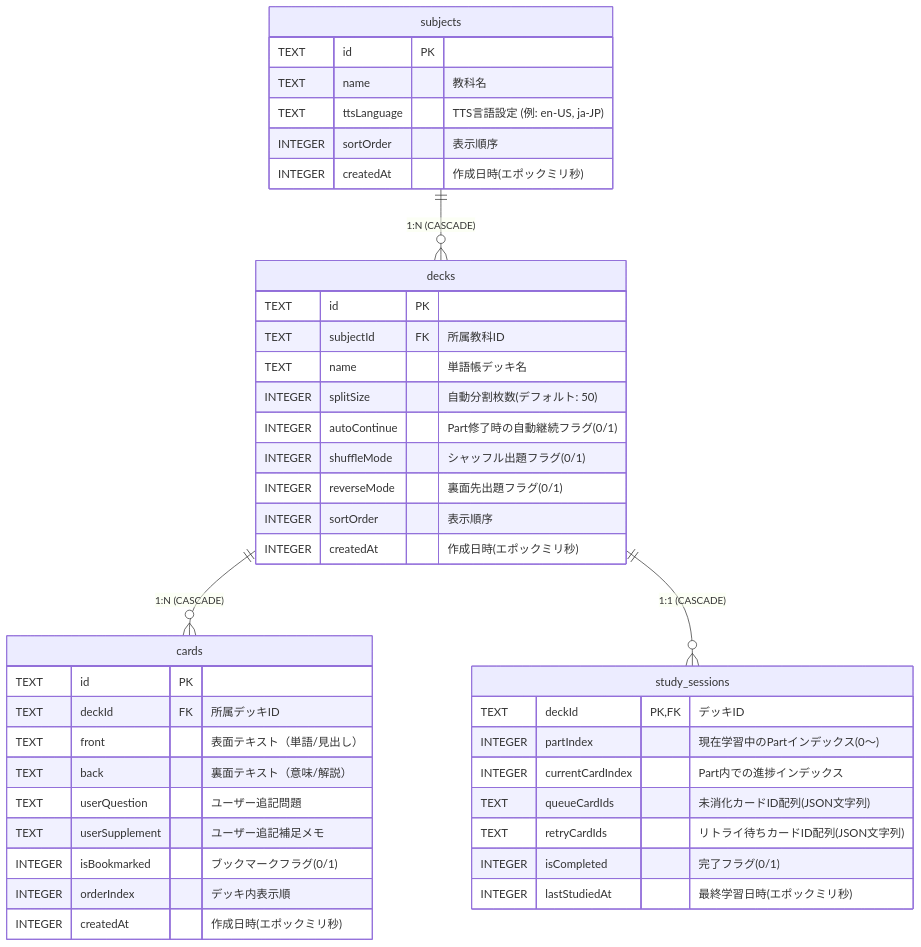
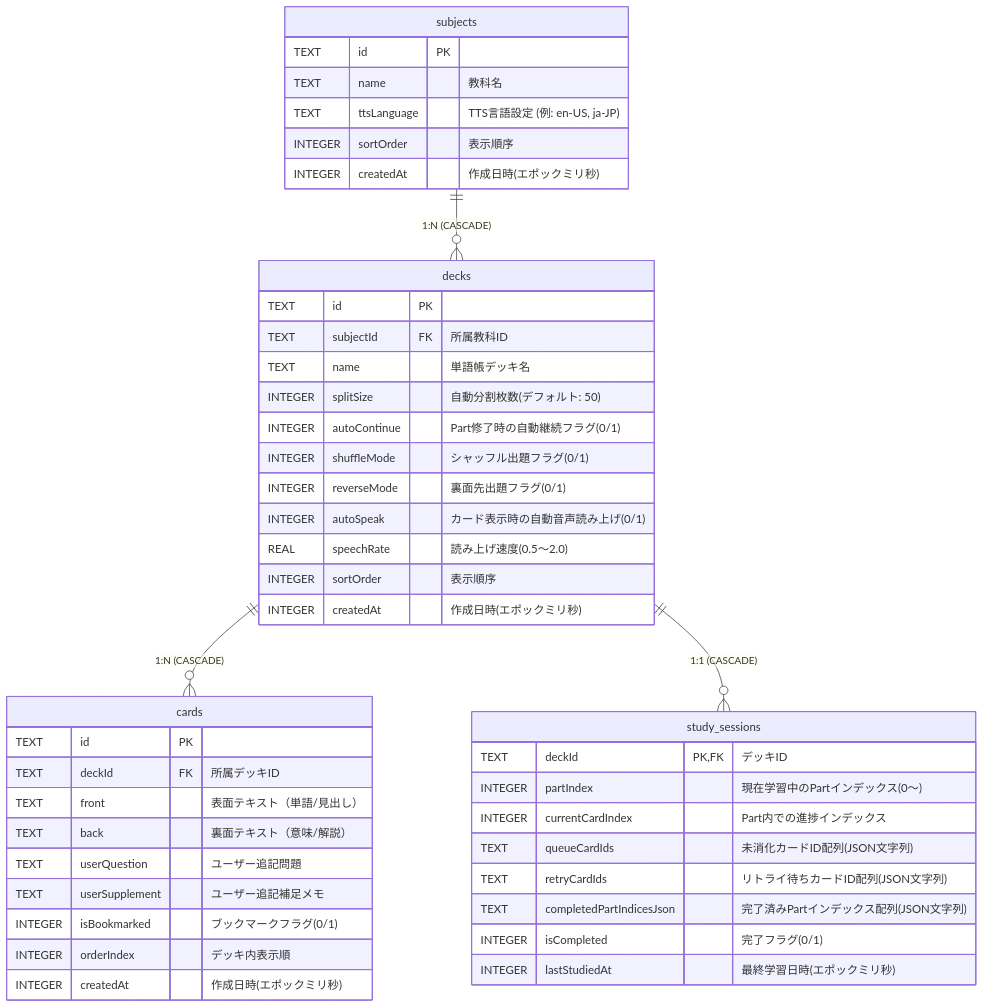
One commit to txcxjp/aidomari changed the second of 5 diagrams in docs/DETAILED_DESIGN.md. Above: the diagram before and after it, drawn with Mermaid. The commit also changed other lines of this file and 1 other file, not shown here.

Commit message:
docs: update architecture and detailed design documentation (#30)

````diff
--- a/docs/DETAILED_DESIGN.md
+++ b/docs/DETAILED_DESIGN.md
@@ -124,48 +142,51 @@
 ```mermaid
 erDiagram
     subjects ||--o{ decks : "1:N (CASCADE)"
     decks ||--o{ cards : "1:N (CASCADE)"
     decks ||--o{ study_sessions : "1:1 (CASCADE)"
 
     subjects {
         TEXT id PK
         TEXT name "教科名"
         TEXT ttsLanguage "TTS言語設定 (例: en-US, ja-JP)"
         INTEGER sortOrder "表示順序"
         INTEGER createdAt "作成日時(エポックミリ秒)"
     }
 
     decks {
         TEXT id PK
         TEXT subjectId FK "所属教科ID"
         TEXT name "単語帳デッキ名"
         INTEGER splitSize "自動分割枚数(デフォルト: 50)"
         INTEGER autoContinue "Part修了時の自動継続フラグ(0/1)"
         INTEGER shuffleMode "シャッフル出題フラグ(0/1)"
         INTEGER reverseMode "裏面先出題フラグ(0/1)"
+        INTEGER autoSpeak "カード表示時の自動音声読み上げ(0/1)"
+        REAL speechRate "読み上げ速度(0.5〜2.0)"
         INTEGER sortOrder "表示順序"
         INTEGER createdAt "作成日時(エポックミリ秒)"
     }
 
     cards {
         TEXT id PK
         TEXT deckId FK "所属デッキID"
         TEXT front "表面テキスト（単語/見出し）"
         TEXT back "裏面テキスト（意味/解説）"
         TEXT userQuestion "ユーザー追記問題"
         TEXT userSupplement "ユーザー追記補足メモ"
         INTEGER isBookmarked "ブックマークフラグ(0/1)"
         INTEGER orderIndex "デッキ内表示順"
         INTEGER createdAt "作成日時(エポックミリ秒)"
     }
 
     study_sessions {
         TEXT deckId PK, FK "デッキID"
         INTEGER partIndex "現在学習中のPartインデックス(0〜)"
         INTEGER currentCardIndex "Part内での進捗インデックス"
         TEXT queueCardIds "未消化カードID配列(JSON文字列)"
         TEXT retryCardIds "リトライ待ちカードID配列(JSON文字列)"
+        TEXT completedPartIndicesJson "完了済みPartインデックス配列(JSON文字列)"
         INTEGER isCompleted "完了フラグ(0/1)"
         INTEGER lastStudiedAt "最終学習日時(エポックミリ秒)"
     }
 ```
````
